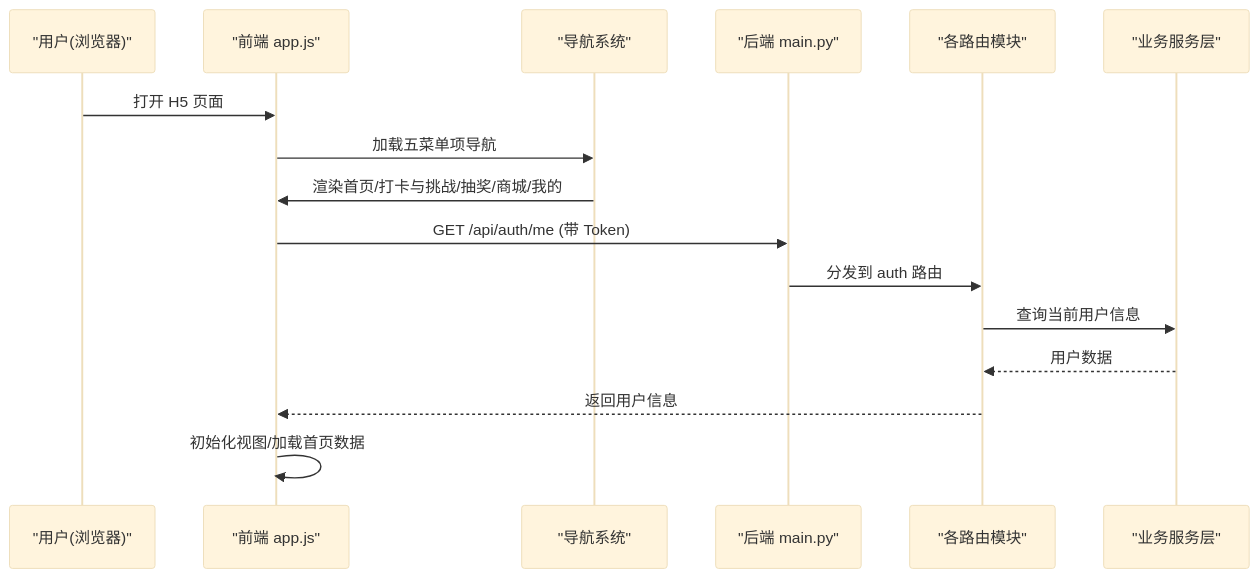
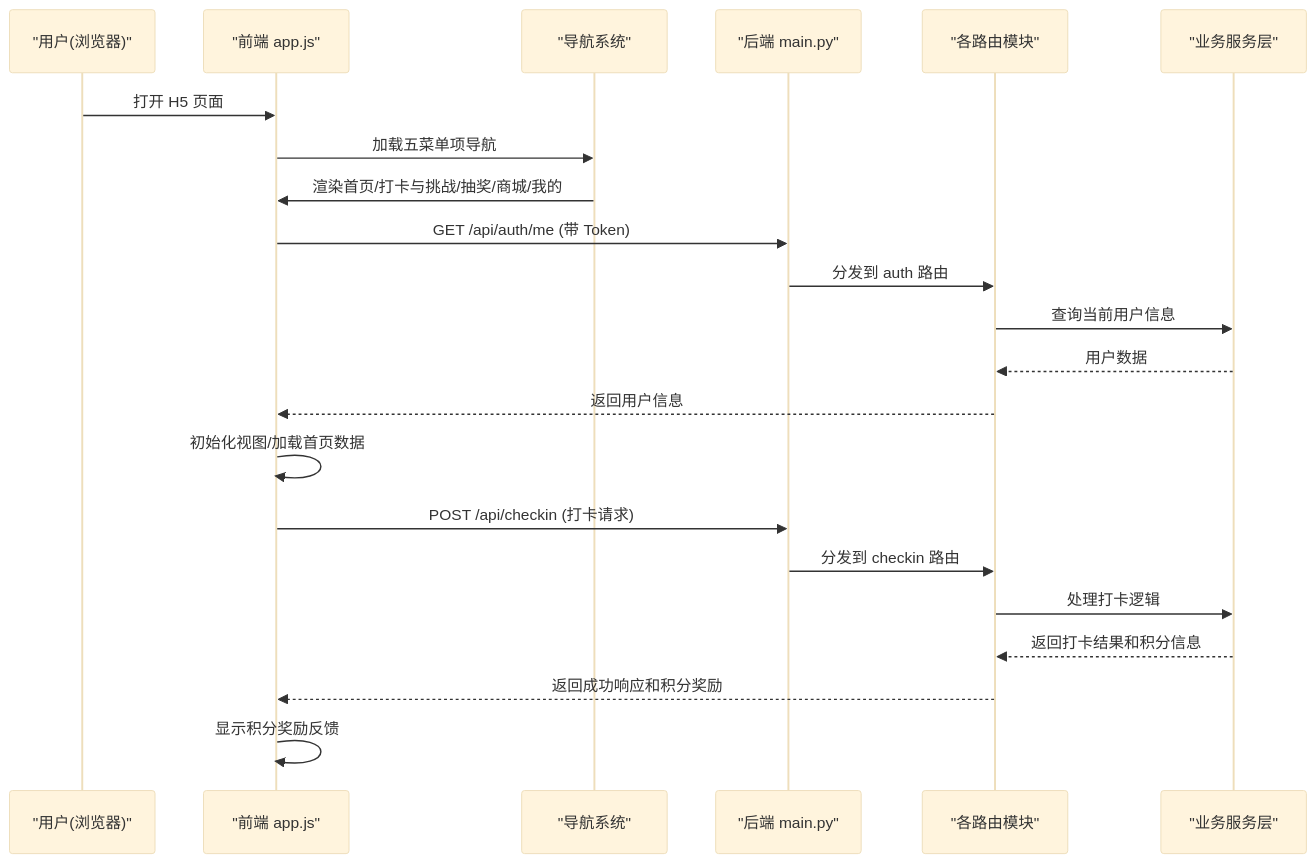
One commit to onebody/homework changed the second of 15 diagrams in .qoder/repowiki/zh/content/暑假作业打卡系统/前端应用设计/学生端应用.md. Above: the diagram before and after it, drawn with Mermaid (base theme). The commit also changed other lines of this file and 16 other files, not shown here.

````diff
--- a/.qoder/repowiki/zh/content/暑假作业打卡系统/前端应用设计/学生端应用.md
+++ b/.qoder/repowiki/zh/content/暑假作业打卡系统/前端应用设计/学生端应用.md
@@ -146,18 +149,24 @@
 ```mermaid
 sequenceDiagram
 participant U as "用户(浏览器)"
 participant FE as "前端 app.js"
 participant NAV as "导航系统"
 participant BE as "后端 main.py"
 participant R as "各路由模块"
 participant S as "业务服务层"
 U->>FE : 打开 H5 页面
 FE->>NAV : 加载五菜单项导航
 NAV->>FE : 渲染首页/打卡与挑战/抽奖/商城/我的
 FE->>BE : GET /api/auth/me (带 Token)
 BE->>R : 分发到 auth 路由
 R->>S : 查询当前用户信息
 S-->>R : 用户数据
 R-->>FE : 返回用户信息
 FE->>FE : 初始化视图/加载首页数据
+FE->>BE : POST /api/checkin (打卡请求)
+BE->>R : 分发到 checkin 路由
+R->>S : 处理打卡逻辑
+S-->>R : 返回打卡结果和积分信息
+R-->>FE : 返回成功响应和积分奖励
+FE->>FE : 显示积分奖励反馈
 ```
````
